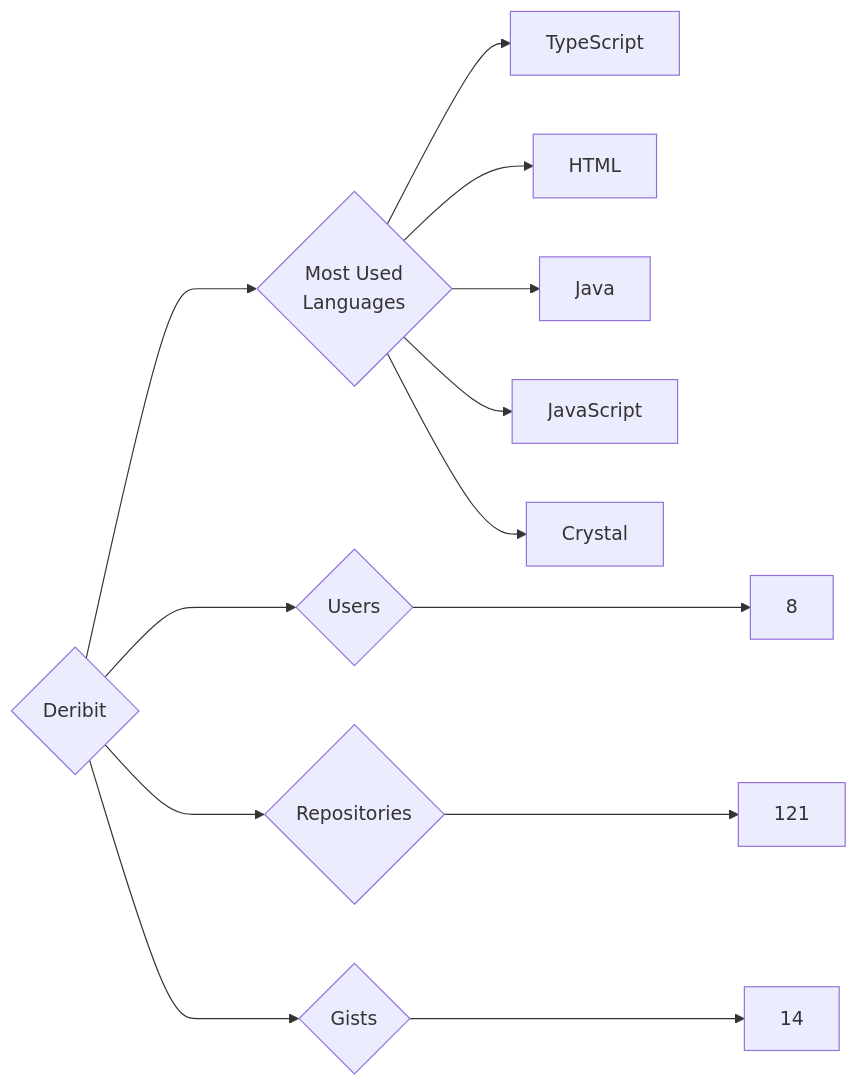
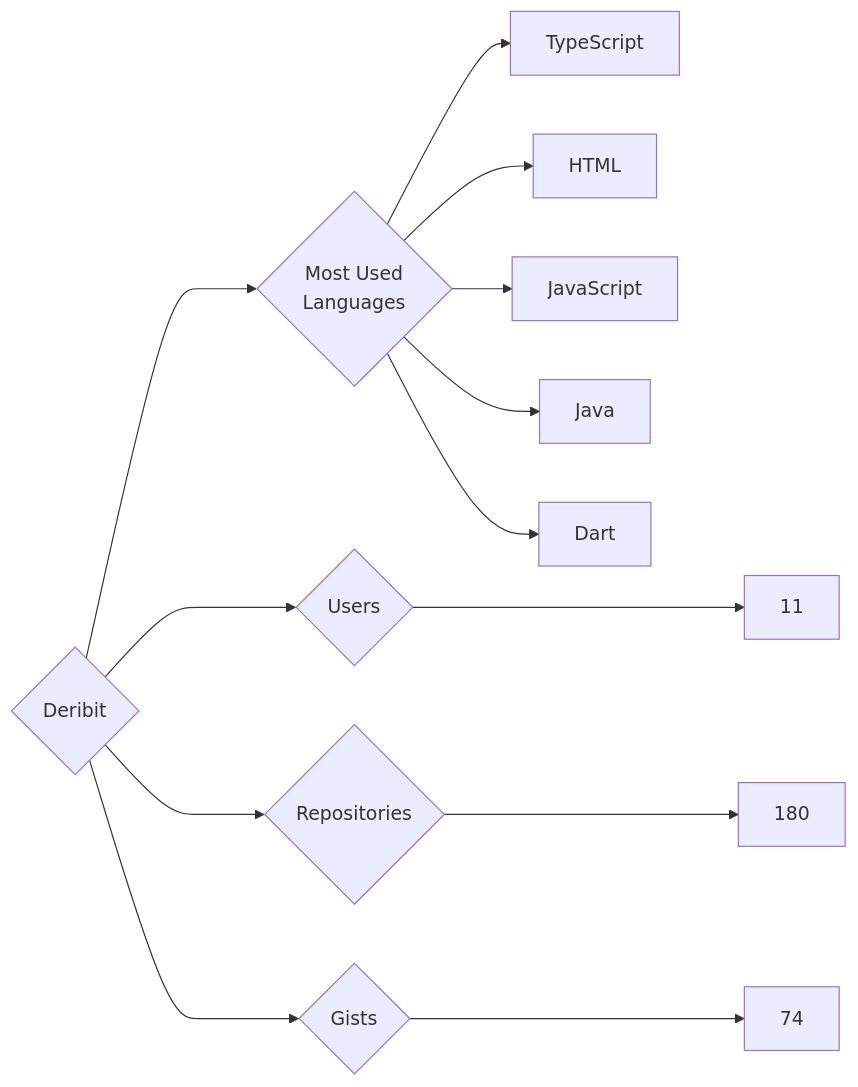
The diagram in targets/Deribit/README.md (trickest/insiders), drawn with Mermaid before and after one commit. The commit also changed 1212 other files, not shown here.

````diff
--- a/targets/Deribit/README.md
+++ b/targets/Deribit/README.md
@@ -3,13 +3,13 @@
 ```mermaid
 graph LR
 COMPANY_NAME{Deribit}
-COMPANY_NAME ---> U{Users} ---> UN[8]
-COMPANY_NAME ---> R{Repositories} ---> RN[121]
-COMPANY_NAME ---> G{Gists} ---> GN[14]
+COMPANY_NAME ---> U{Users} ---> UN[11]
+COMPANY_NAME ---> R{Repositories} ---> RN[180]
+COMPANY_NAME ---> G{Gists} ---> GN[74]
 COMPANY_NAME ---> ML{Most Used<br>Languages}
 ML --> TypeScript[TypeScript]
 ML --> HTML[HTML]
+ML --> JavaScript[JavaScript]
 ML --> Java[Java]
-ML --> JavaScript[JavaScript]
-ML --> Crystal[Crystal]
+ML --> Dart[Dart]
 ```
````
